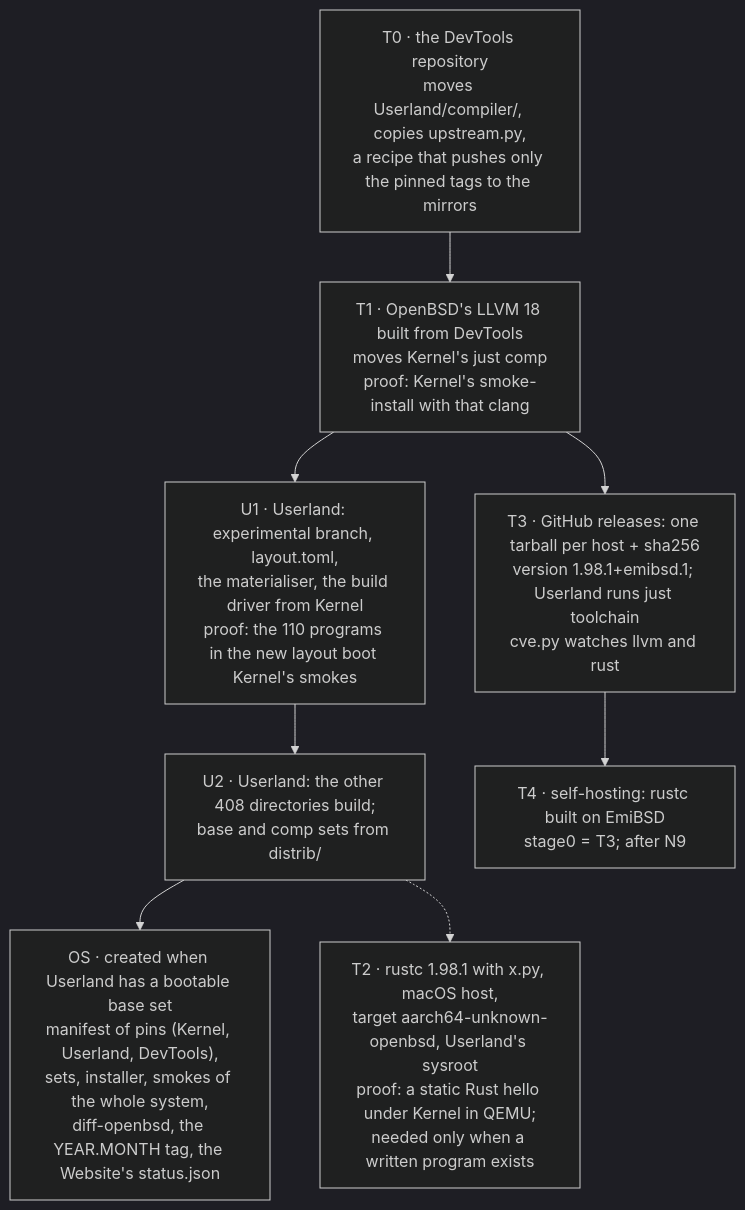
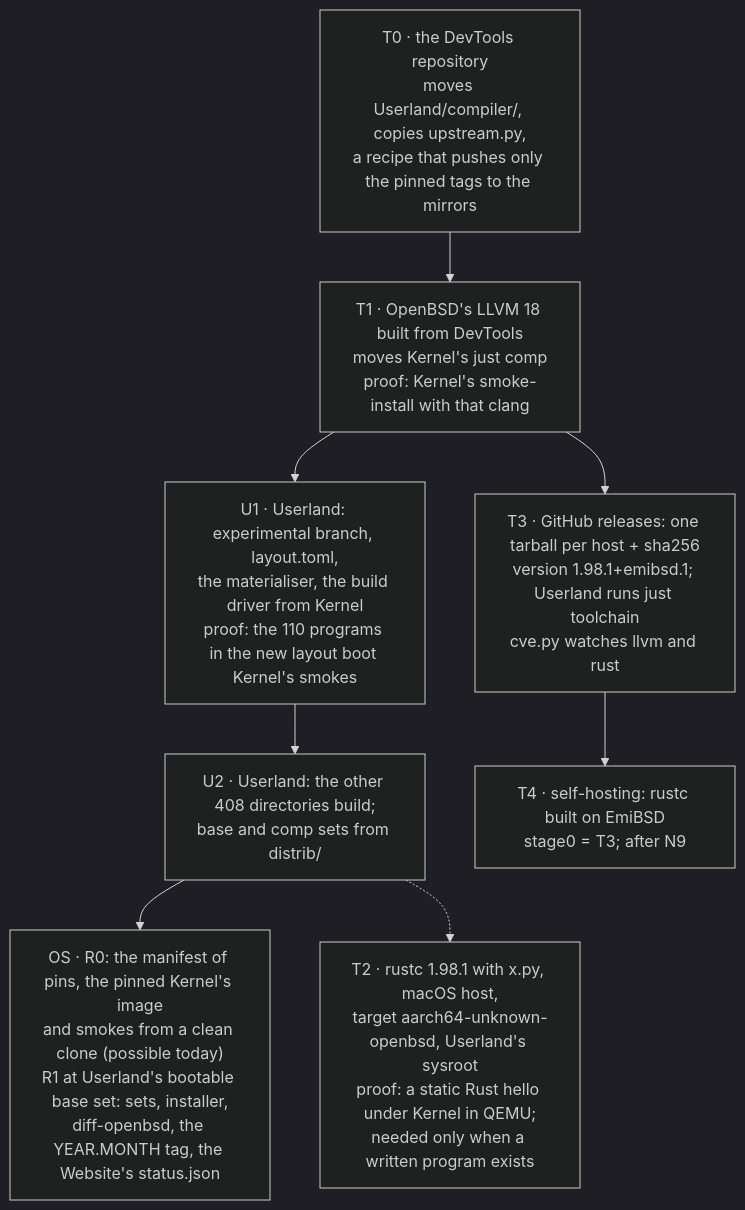
The third of 3 diagrams in docs/architecture.md (EmiBSD/Governance), drawn with Mermaid (dark theme) before and after one commit. The commit also changed other lines of this file and 9 other files, not shown here.

````diff
--- a/docs/architecture.md
+++ b/docs/architecture.md
@@ -109,15 +109,15 @@
 ```mermaid
 flowchart TB
     T0["T0 · the DevTools repository<br/>moves Userland/compiler/, copies upstream.py,<br/>a recipe that pushes only the pinned tags to the mirrors"]
     T1["T1 · OpenBSD's LLVM 18 built from DevTools<br/>moves Kernel's just comp<br/>proof: Kernel's smoke-install with that clang"]
     U1["U1 · Userland: experimental branch, layout.toml,<br/>the materialiser, the build driver from Kernel<br/>proof: the 110 programs in the new layout boot Kernel's smokes"]
     U2["U2 · Userland: the other 408 directories build;<br/>base and comp sets from distrib/"]
     T2["T2 · rustc 1.98.1 with x.py, macOS host,<br/>target aarch64-unknown-openbsd, Userland's sysroot<br/>proof: a static Rust hello under Kernel in QEMU;<br/>needed only when a written program exists"]
     T3["T3 · GitHub releases: one tarball per host + sha256<br/>version 1.98.1+emibsd.1; Userland runs just toolchain<br/>cve.py watches llvm and rust"]
     T4["T4 · self-hosting: rustc built on EmiBSD<br/>stage0 = T3; after N9"]
-    R0["OS · created when Userland has a bootable base set<br/>manifest of pins (Kernel, Userland, DevTools),<br/>sets, installer, smokes of the whole system,<br/>diff-openbsd, the YEAR.MONTH tag, the Website's status.json"]
+    R0["OS · R0: the manifest of pins, the pinned Kernel's image<br/>and smokes from a clean clone (possible today)<br/>R1 at Userland's bootable base set: sets, installer,<br/>diff-openbsd, the YEAR.MONTH tag, the Website's status.json"]
 
     T0 --> T1 --> U1 --> U2 --> R0
     T1 --> T3 --> T4
     U2 -.-> T2
 ```
````
